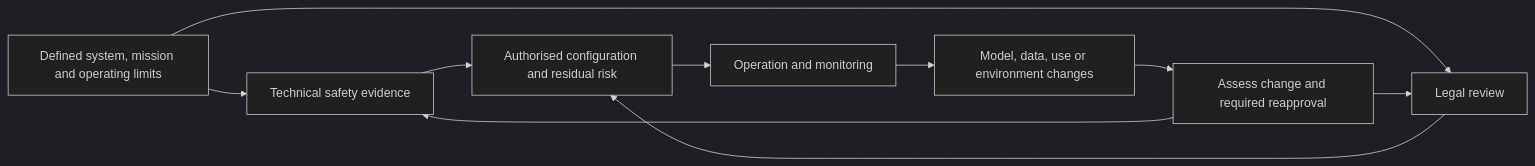
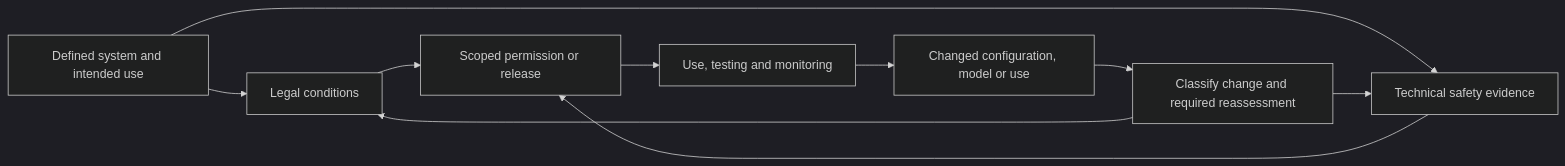
One commit to graemesmith-code/investigative-methods changed the diagram in research/2026-10-25/f5-global-autonomy-brakes/report.md. Above: the diagram before and after it, drawn with Mermaid (dark theme). The commit also changed other lines of this file and 17 other files, not shown here.

````diff
--- a/research/2026-10-25/f5-global-autonomy-brakes/report.md
+++ b/research/2026-10-25/f5-global-autonomy-brakes/report.md
@@ -25,12 +34,12 @@
 ```mermaid
 flowchart LR
- A[Defined system, mission and operating limits] --> B[Technical safety evidence]
- A --> C[Legal review]
- B --> D[Authorised configuration and residual risk]
+ A[Defined system and intended use] --> B[Legal conditions]
+ A --> C[Technical safety evidence]
+ B --> D[Scoped permission or release]
  C --> D
- D --> E[Operation and monitoring]
- E --> F[Model, data, use or environment changes]
- F --> G[Assess change and required reapproval]
+ D --> E[Use, testing and monitoring]
+ E --> F[Changed configuration, model or use]
+ F --> G[Classify change and required reassessment]
  G --> B
  G --> C
 ```
````
